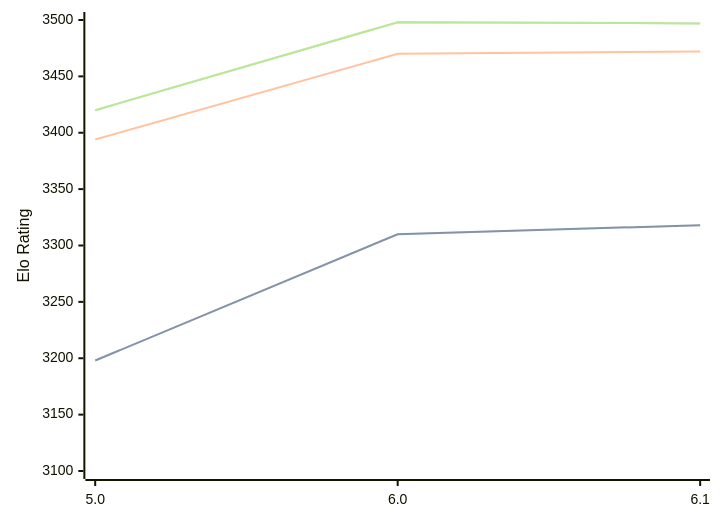
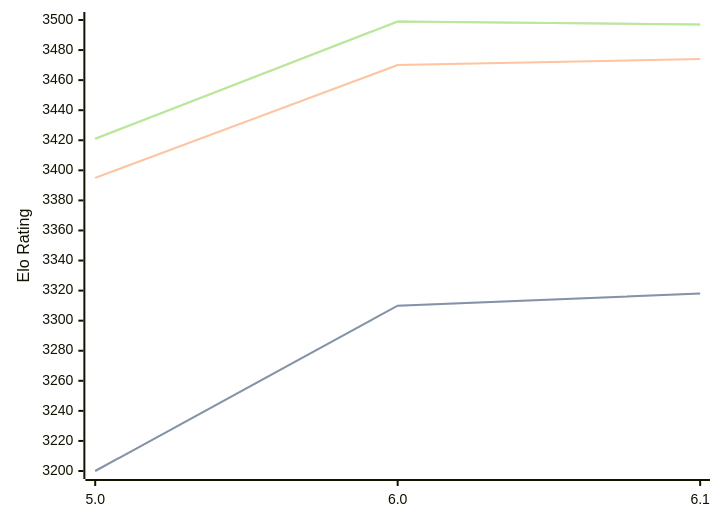
Before and after one commit to computer-chess-index/cci: the first of 3 diagrams in engines/Starzix.md, drawn with Mermaid. The commit also changed other lines of this file, not shown here.

Commit message:
Update CCI Ratings (ELO VLTC) - 2026-06-24

````diff
--- a/engines/Starzix.md
+++ b/engines/Starzix.md
@@ -37,11 +37,11 @@
 ```mermaid
 %%{init: {"theme":"base","themeVariables":{"seriesColors:['#a3a3a3','#222221','#faa371']}}}%%
 xychart-beta
   x-axis ["5.0", "6.0", "6.1"]
-  y-axis "Elo Rating" 3100 --> 3500
-  line "STC (8.0+0.08s)" [3198, 3310, 3318]
-  line "STC (8.0+0.08s)" [3198, 3310, 3318]
-  line "LTC (60.0+0.60s)" [3394, 3470, 3472]
-  line "VLTC (2m24s+1.12s)" [3420, 3498, 3497]
-  line "VLTC (2m24s+1.12s)" [3420, 3498, 3497]
+  y-axis "Elo Rating" 3200 --> 3500
+  line "STC (8.0+0.08s)" [3200, 3310, 3318]
+  line "STC (8.0+0.08s)" [3200, 3310, 3318]
+  line "LTC (60.0+0.60s)" [3395, 3470, 3474]
+  line "VLTC (2m24s+1.12s)" [3421, 3499, 3497]
+  line "VLTC (2m24s+1.12s)" [3421, 3499, 3497]
 ```
````
